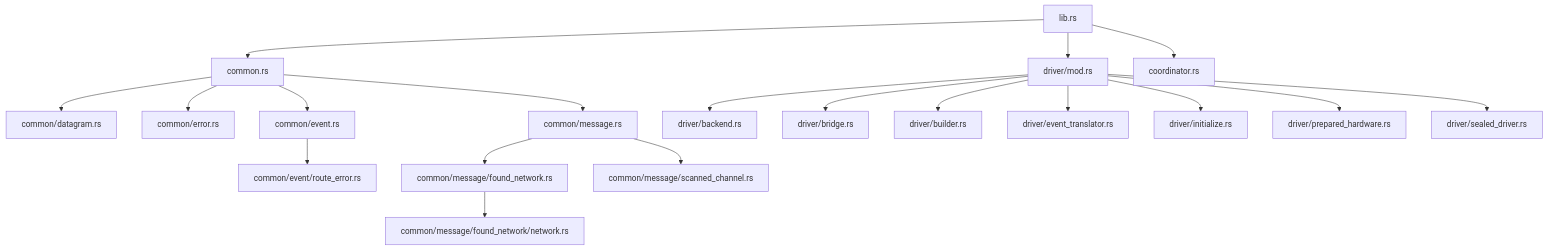
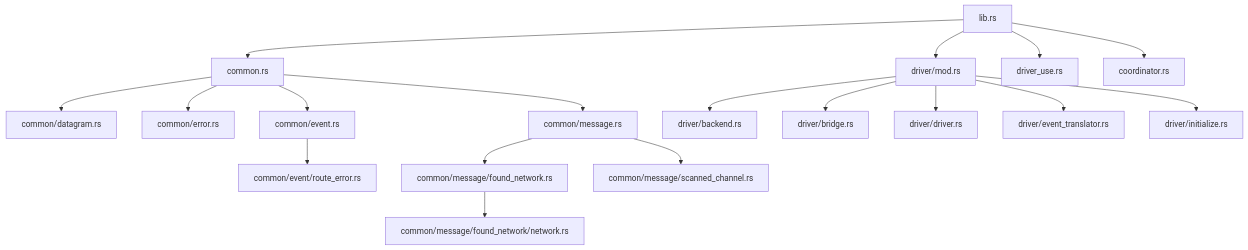
The fourth of 4 diagrams in apis-saltans-hw/ARCHITECTURE.md (PaulmannLighting/apis-saltans), drawn with Mermaid before and after one commit. The commit also changed other lines of this file and 10 other files, not shown here.

````diff
--- a/apis-saltans-hw/ARCHITECTURE.md
+++ b/apis-saltans-hw/ARCHITECTURE.md
@@ -201,21 +203,20 @@
 ```mermaid
 flowchart TD
     lib["lib.rs"] --> common["common.rs"]
     lib --> driver["driver/mod.rs"]
+    lib --> driver_use["driver_use.rs"]
     lib --> coordinator["coordinator.rs"]
     common --> datagram["common/datagram.rs"]
     common --> error["common/error.rs"]
     common --> event["common/event.rs"]
     event --> route_error["common/event/route_error.rs"]
     common --> message["common/message.rs"]
     message --> found_network["common/message/found_network.rs"]
     found_network --> network["common/message/found_network/network.rs"]
     message --> scanned_channel["common/message/scanned_channel.rs"]
     driver --> backend["driver/backend.rs"]
     driver --> bridge["driver/bridge.rs"]
-    driver --> builder["driver/builder.rs"]
+    driver --> driver_impl["driver/driver.rs"]
     driver --> event_translator["driver/event_translator.rs"]
     driver --> initialize["driver/initialize.rs"]
-    driver --> prepared_hardware["driver/prepared_hardware.rs"]
-    driver --> sealed_driver["driver/sealed_driver.rs"]
 ```
````
